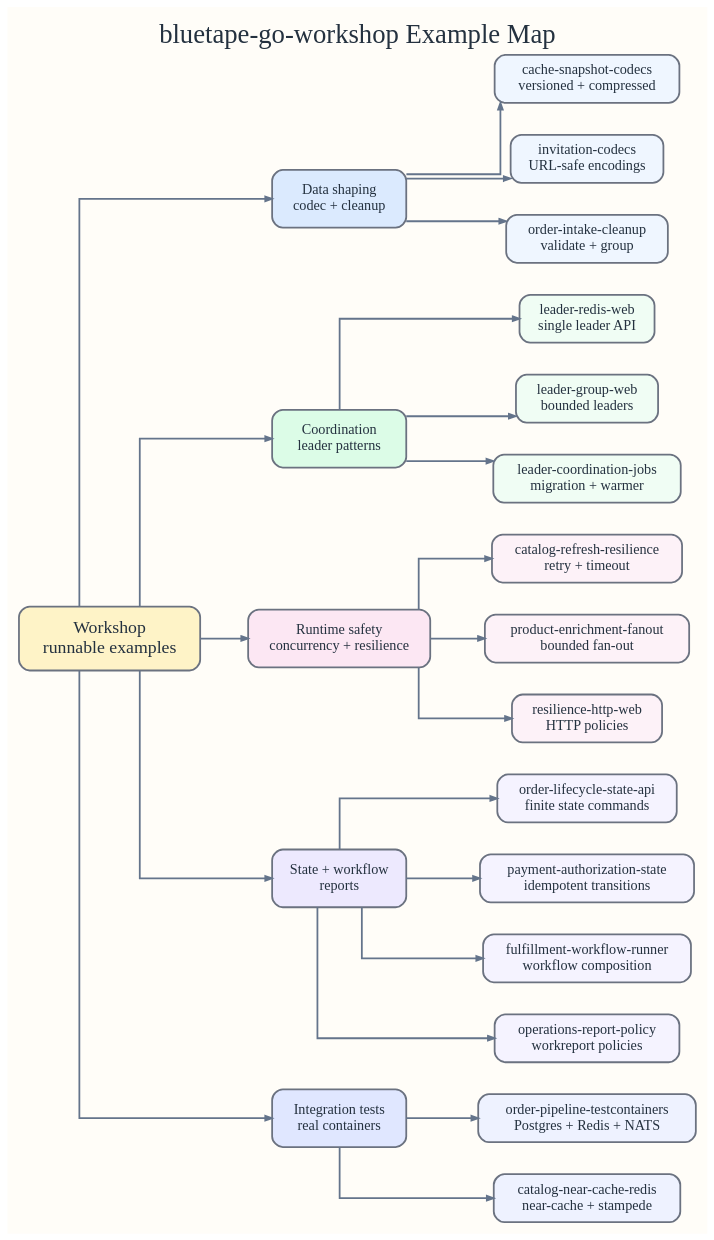
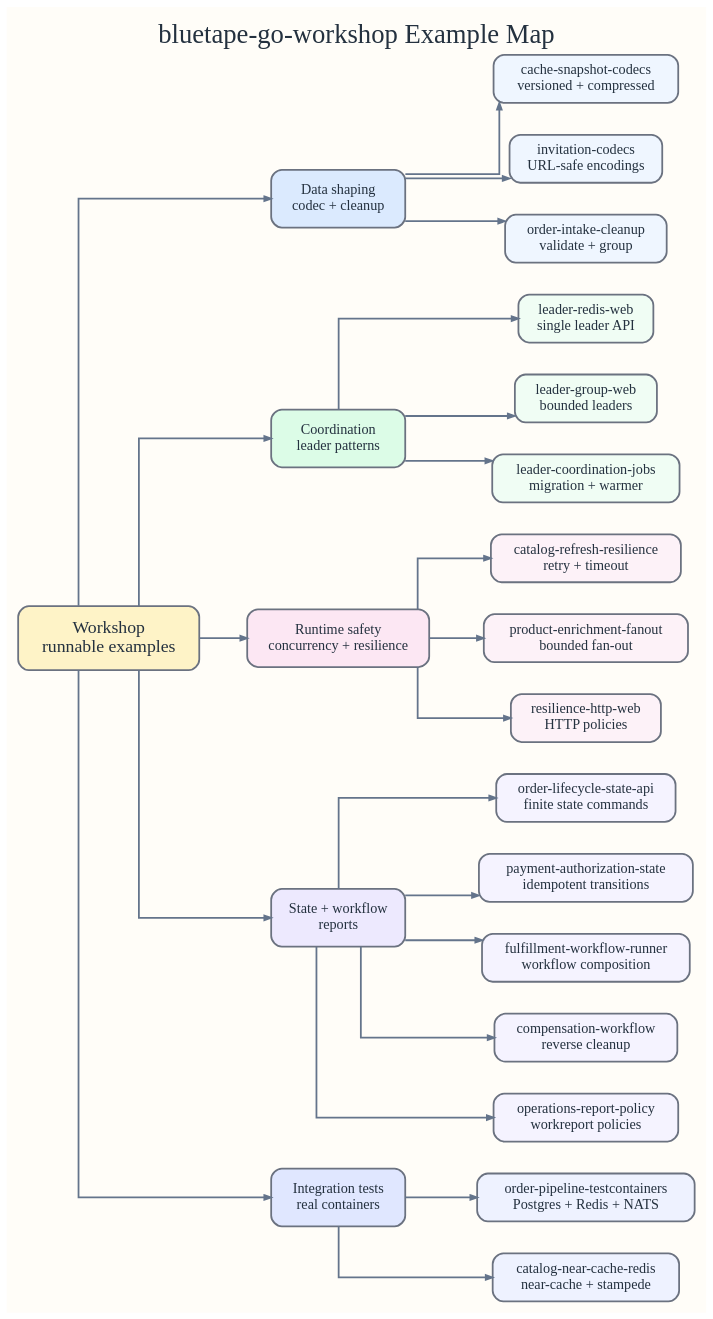
Before and after one commit to bluetape4k/bluetape-go-workshop: the diagram in docs/images/readme-diagrams/workshop-example-map.dot, drawn with Graphviz. The commit also changed 33 other files, not shown here.

First line of the commit message:
Show how workflow compensation preserves failure context

```diff
--- a/docs/images/readme-diagrams/workshop-example-map.dot
+++ b/docs/images/readme-diagrams/workshop-example-map.dot
@@ -1,79 +1,81 @@
 digraph G {
   graph [
     rankdir=LR,
     bgcolor="#fffdf8",
     margin=0.18,
     pad=0.18,
     nodesep=0.5,
     ranksep=0.75,
     splines=ortho,
     fontnames=svg,
     fontname="Architects Daughter",
     label="bluetape-go-workshop Example Map",
     labelloc=t,
     fontsize=30,
     fontcolor="#24313f"
   ];
   node [
     shape=rect,
     style="rounded,filled",
     penwidth=2,
     fontname="Comic Mono",
     fontsize=16,
     color="#6b7280",
     fontcolor="#24313f",
     margin="0.16,0.12"
   ];
   edge [
     color="#64748b",
     penwidth=2,
     arrowsize=0.75,
     fontname="Comic Mono",
     fontsize=12,
     fontcolor="#475569"
   ];
 
   workshop [label="Workshop\nrunnable examples", fillcolor="#fef3c7", fontname="Architects Daughter", fontsize=20, width=2.4, height=1.0];
   data [label="Data shaping\ncodec + cleanup", fillcolor="#dbeafe", width=2.1, height=0.9];
   leadership [label="Coordination\nleader patterns", fillcolor="#dcfce7", width=2.1, height=0.9];
   runtime [label="Runtime safety\nconcurrency + resilience", fillcolor="#fce7f3", width=2.35, height=0.9];
   stateflow [label="State + workflow\nreports", fillcolor="#ede9fe", width=2.1, height=0.9];
   integration [label="Integration tests\nreal containers", fillcolor="#e0e7ff", width=2.1, height=0.9];
 
   snapshot [label="cache-snapshot-codecs\nversioned + compressed", fillcolor="#eff6ff"];
   invites [label="invitation-codecs\nURL-safe encodings", fillcolor="#eff6ff"];
   cleanup [label="order-intake-cleanup\nvalidate + group", fillcolor="#eff6ff"];
   singleLeader [label="leader-redis-web\nsingle leader API", fillcolor="#f0fdf4"];
   groupLeader [label="leader-group-web\nbounded leaders", fillcolor="#f0fdf4"];
   jobs [label="leader-coordination-jobs\nmigration + warmer", fillcolor="#f0fdf4"];
   refresh [label="catalog-refresh-resilience\nretry + timeout", fillcolor="#fdf2f8"];
   enrich [label="product-enrichment-fanout\nbounded fan-out", fillcolor="#fdf2f8"];
   http [label="resilience-http-web\nHTTP policies", fillcolor="#fdf2f8"];
   orderState [label="order-lifecycle-state-api\nfinite state commands", fillcolor="#f5f3ff"];
   paymentState [label="payment-authorization-state\nidempotent transitions", fillcolor="#f5f3ff"];
   fulfillment [label="fulfillment-workflow-runner\nworkflow composition", fillcolor="#f5f3ff"];
+  compensation [label="compensation-workflow\nreverse cleanup", fillcolor="#f5f3ff"];
   reports [label="operations-report-policy\nworkreport policies", fillcolor="#f5f3ff"];
   pipeline [label="order-pipeline-testcontainers\nPostgres + Redis + NATS", fillcolor="#eef2ff"];
   catalogCache [label="catalog-near-cache-redis\nnear-cache + stampede", fillcolor="#eef2ff"];
 
   workshop -> data;
   workshop -> leadership;
   workshop -> runtime;
   workshop -> stateflow;
   workshop -> integration;
   data -> snapshot;
   data -> invites;
   data -> cleanup;
   leadership -> singleLeader;
   leadership -> groupLeader;
   leadership -> jobs;
   runtime -> refresh;
   runtime -> enrich;
   runtime -> http;
   stateflow -> orderState;
   stateflow -> paymentState;
   stateflow -> fulfillment;
+  stateflow -> compensation;
   stateflow -> reports;
   integration -> pipeline;
   integration -> catalogCache;
 }
```
